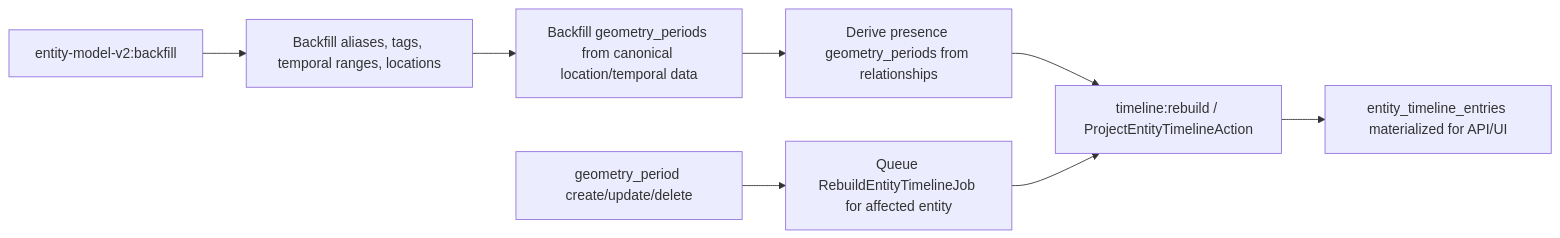
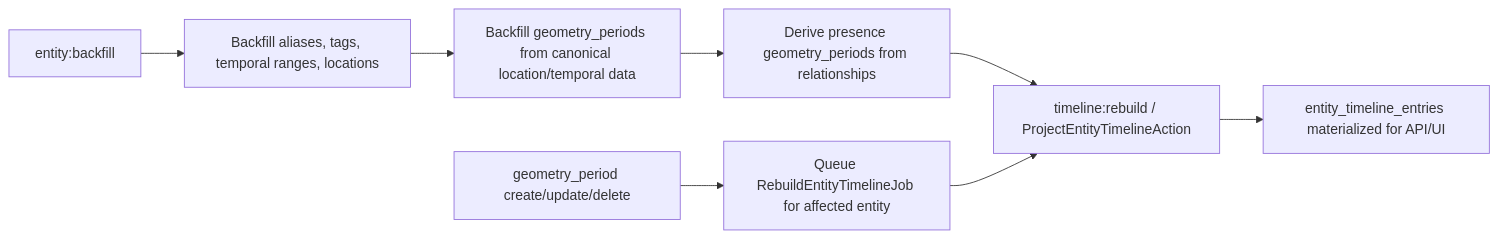
The fourth of 7 diagrams in docs/entity-model/diagrams.md (PickleSoda/history-mapped), drawn with Mermaid before and after one commit. The commit also changed other lines of this file and 28 other files, not shown here.

Commit message:
refactor: drop entity model v2 naming

````diff
--- a/docs/entity-model/diagrams.md
+++ b/docs/entity-model/diagrams.md
@@ -299,11 +299,11 @@
 ```mermaid
 flowchart LR
-    A[entity-model-v2:backfill] --> B[Backfill aliases, tags, temporal ranges, locations]
+    A[entity:backfill] --> B[Backfill aliases, tags, temporal ranges, locations]
     B --> C[Backfill geometry_periods from canonical location/temporal data]
     C --> D[Derive presence geometry_periods from relationships]
     D --> E[timeline:rebuild / ProjectEntityTimelineAction]
     E --> F[entity_timeline_entries materialized for API/UI]
 
     G[geometry_period create/update/delete] --> H[Queue RebuildEntityTimelineJob for affected entity]
     H --> E
 ```
````
